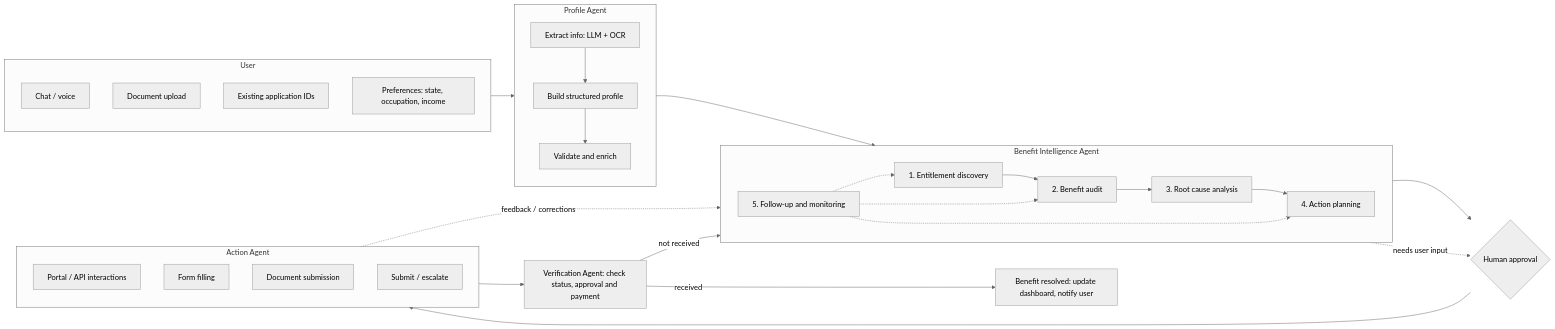
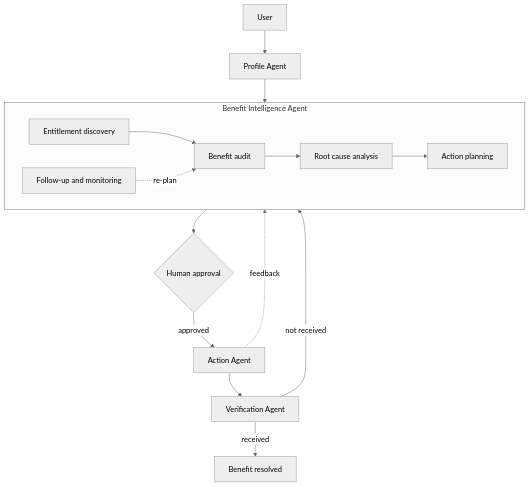
Before and after one commit to redcode333/AdhikarAI: the diagram in README.md, drawn with Mermaid (neutral theme).

Commit message:
Fix architecture diagram rendering in README

````diff
--- a/README.md
+++ b/README.md
@@ -34,45 +34,18 @@
 ```mermaid
-flowchart LR
-    subgraph IN[User]
-        direction TB
-        I1[Chat / voice]
-        I2[Document upload]
-        I3[Existing application IDs]
-        I4[Preferences: state, occupation, income]
+flowchart TD
+    U["User"] --> PA["Profile Agent"]
+
+    subgraph BIA["Benefit Intelligence Agent"]
+        direction LR
+        B1["Entitlement discovery"] --> B2["Benefit audit"] --> B3["Root cause analysis"] --> B4["Action planning"]
+        B5["Follow-up and monitoring"] -.->|re-plan| B2
     end
 
-    subgraph PA[Profile Agent]
-        direction TB
-        P1[Extract info: LLM + OCR] --> P2[Build structured profile] --> P3[Validate and enrich]
-    end
-
-    subgraph BIA[Benefit Intelligence Agent]
-        direction LR
-        B1[1. Entitlement discovery] --> B2[2. Benefit audit] --> B3[3. Root cause analysis] --> B4[4. Action planning]
-        B5[5. Follow-up and monitoring]
-        B5 -.-> B1
-        B5 -.-> B2
-        B5 -.-> B4
-    end
-
-    HA{Human approval}
-
-    subgraph AA[Action Agent]
-        direction TB
-        A1[Portal / API interactions]
-        A2[Form filling]
-        A3[Document submission]
-        A4[Submit / escalate]
-    end
-
-    VA[Verification Agent: check status, approval and payment]
-    DONE[Benefit resolved: update dashboard, notify user]
-
-    IN --> PA --> BIA
-    B4 --> HA --> AA
-    BIA -. needs user input .-> HA
-    AA -. feedback / corrections .-> BIA
-    AA --> VA
-    VA -->|received| DONE
-    VA -->|not received| BIA
+    PA --> B1
+    B4 --> HA{"Human approval"}
+    HA -->|approved| AA["Action Agent"]
+    AA -.->|feedback| B4
+    AA --> VA["Verification Agent"]
+    VA -->|received| DONE["Benefit resolved"]
+    VA -->|not received| B5
 ```
````
